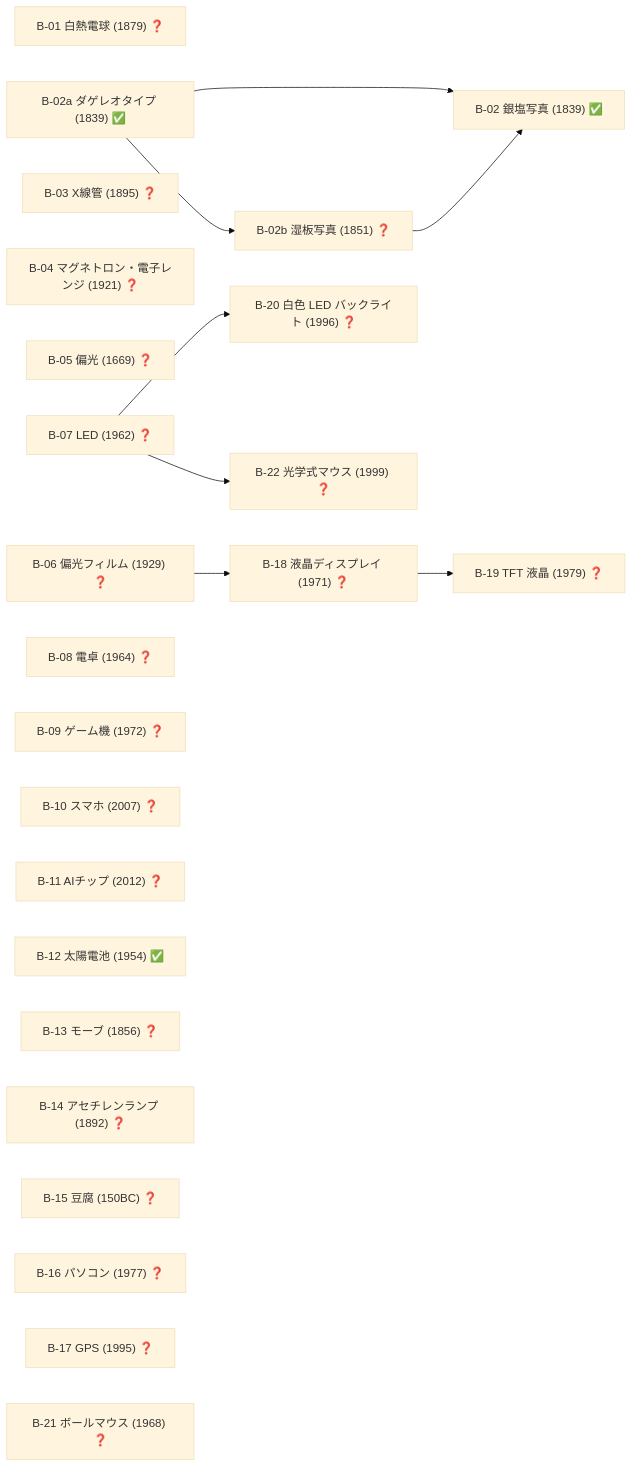
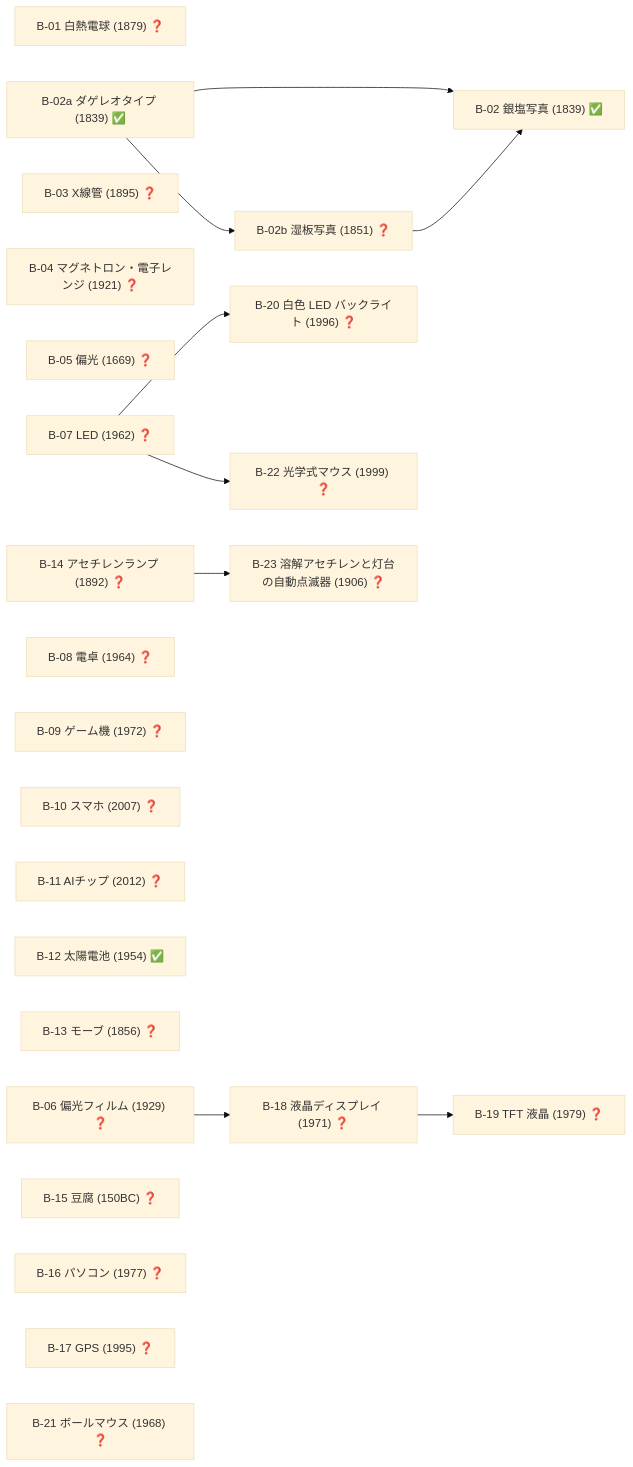
Diagram 19 of 19 in docs/TECH_TREE_VIEW.md (taku3i0317-collab/semiconductor-lab), drawn with Mermaid (base theme) before and after one commit. The commit also changed other lines of this file and 8 other files, not shown here.

````diff
--- a/docs/TECH_TREE_VIEW.md
+++ b/docs/TECH_TREE_VIEW.md
@@ -962,34 +963,36 @@
 ```mermaid
 graph LR
   nB_01["B-01 白熱電球 (1879) ❓"]
   nB_02["B-02 銀塩写真 (1839) ✅"]
   nB_02a["B-02a ダゲレオタイプ (1839) ✅"]
   nB_02b["B-02b 湿板写真 (1851) ❓"]
   nB_03["B-03 X線管 (1895) ❓"]
   nB_04["B-04 マグネトロン・電子レンジ (1921) ❓"]
   nB_05["B-05 偏光 (1669) ❓"]
   nB_06["B-06 偏光フィルム (1929) ❓"]
   nB_07["B-07 LED (1962) ❓"]
   nB_08["B-08 電卓 (1964) ❓"]
   nB_09["B-09 ゲーム機 (1972) ❓"]
   nB_10["B-10 スマホ (2007) ❓"]
   nB_11["B-11 AIチップ (2012) ❓"]
   nB_12["B-12 太陽電池 (1954) ✅"]
   nB_13["B-13 モーブ (1856) ❓"]
   nB_14["B-14 アセチレンランプ (1892) ❓"]
   nB_15["B-15 豆腐 (150BC) ❓"]
   nB_16["B-16 パソコン (1977) ❓"]
   nB_17["B-17 GPS (1995) ❓"]
   nB_18["B-18 液晶ディスプレイ (1971) ❓"]
   nB_19["B-19 TFT 液晶 (1979) ❓"]
   nB_20["B-20 白色 LED バックライト (1996) ❓"]
   nB_21["B-21 ボールマウス (1968) ❓"]
   nB_22["B-22 光学式マウス (1999) ❓"]
+  nB_23["B-23 溶解アセチレンと灯台の自動点滅器 (1906) ❓"]
   nB_02a-->nB_02
   nB_02b-->nB_02
   nB_02a-->nB_02b
   nB_06-->nB_18
   nB_18-->nB_19
   nB_07-->nB_20
   nB_07-->nB_22
+  nB_14-->nB_23
 ```
````
